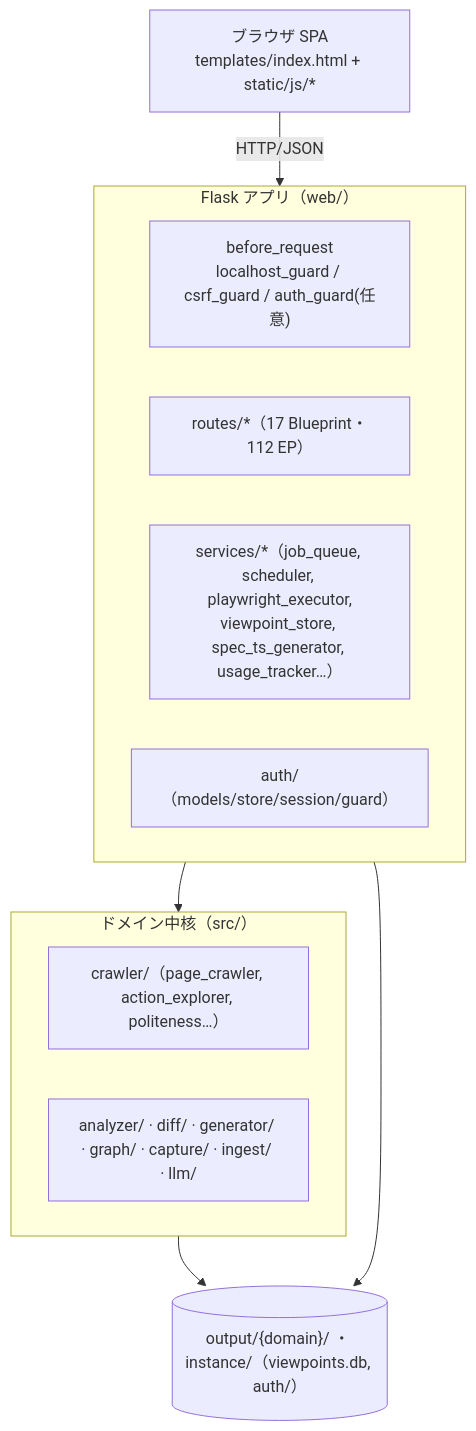
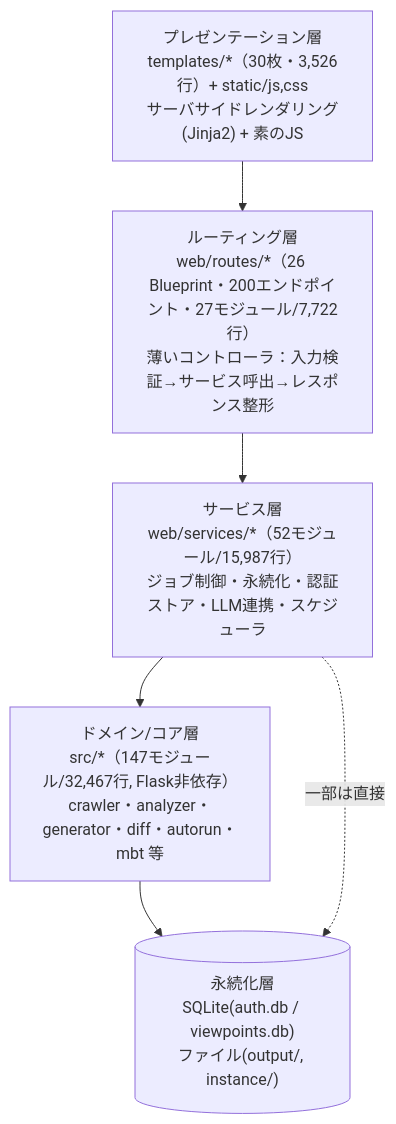
Before and after one commit to ma-garin/WebSpec2Doc: the second of 6 diagrams in docs/sdlc/20_design/WS2D-BD-001_基本設計書.md, drawn with Mermaid. The commit also changed other lines of this file and 90 other files, not shown here.

````diff
--- a/docs/sdlc/20_design/WS2D-BD-001_基本設計書.md
+++ b/docs/sdlc/20_design/WS2D-BD-001_基本設計書.md
@@ -10,17 +121,13 @@
 ```mermaid
-flowchart TD
-  UI["ブラウザ SPA<br/>templates/index.html + static/js/*"] -->|HTTP/JSON| APP
-  subgraph APP["Flask アプリ（web/）"]
-    GUARD["before_request<br/>localhost_guard / csrf_guard / auth_guard(任意)"]
-    BP["routes/*（17 Blueprint・112 EP）"]
-    SVC["services/*（job_queue, scheduler, playwright_executor,<br/>viewpoint_store, spec_ts_generator, usage_tracker…）"]
-    AUTH["auth/（models/store/session/guard）"]
-  end
-  APP --> CORE
-  subgraph CORE["ドメイン中核（src/）"]
-    CRAWL["crawler/（page_crawler, action_explorer, politeness…）"]
-    ANALYZE["analyzer/ · diff/ · generator/ · graph/ · capture/ · ingest/ · llm/"]
-  end
-  CORE --> STORE[("output/{domain}/ ・ instance/（viewpoints.db, auth/）")]
-  APP --> STORE
+graph TD
+  PRES["プレゼンテーション層<br/>templates/*（30枚・3,526行）+ static/js,css<br/>サーバサイドレンダリング(Jinja2) + 素のJS"]
+  ROUTE["ルーティング層<br/>web/routes/*（26 Blueprint・200エンドポイント・27モジュール/7,722行）<br/>薄いコントローラ：入力検証→サービス呼出→レスポンス整形"]
+  SVC["サービス層<br/>web/services/*（52モジュール/15,987行）<br/>ジョブ制御・永続化・認証ストア・LLM連携・スケジューラ"]
+  CORE["ドメイン/コア層<br/>src/*（147モジュール/32,467行, Flask非依存）<br/>crawler・analyzer・generator・diff・autorun・mbt 等"]
+  PERSIST[("永続化層<br/>SQLite(auth.db / viewpoints.db)<br/>ファイル(output/, instance/)")]
+  PRES --> ROUTE
+  ROUTE --> SVC
+  SVC --> CORE
+  CORE --> PERSIST
+  SVC -.一部は直接.-> PERSIST
 ```
````
